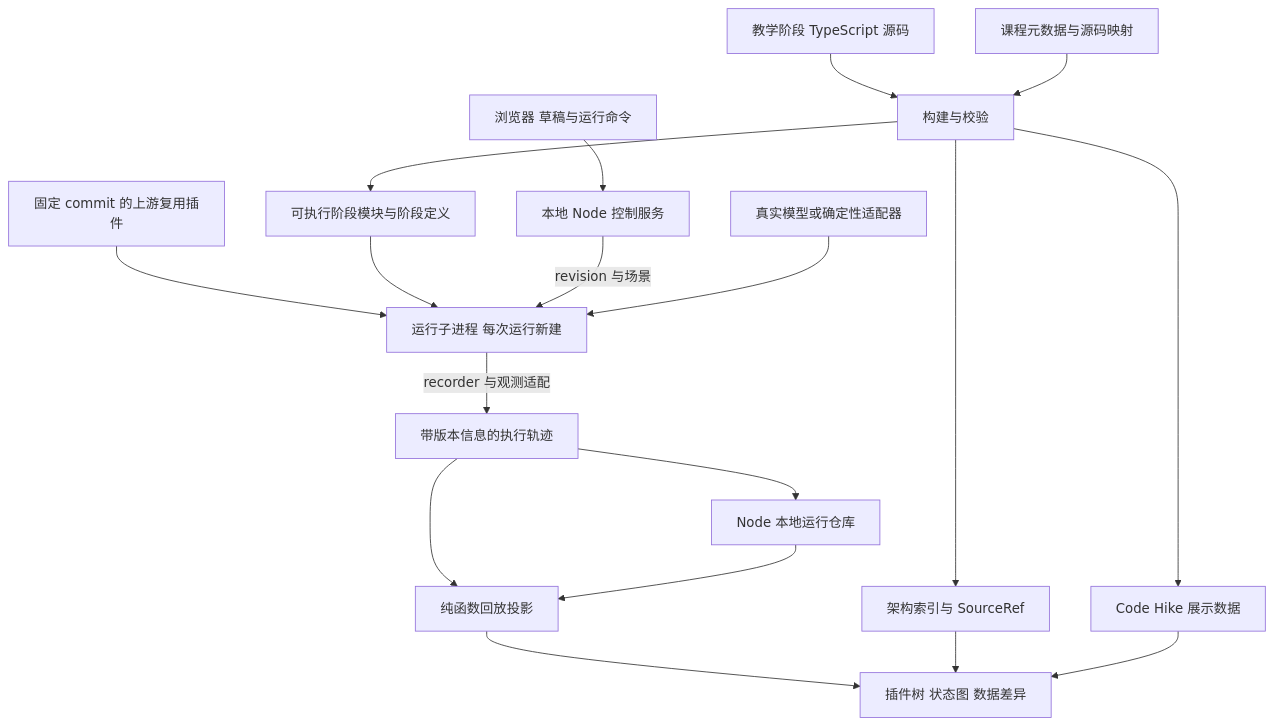
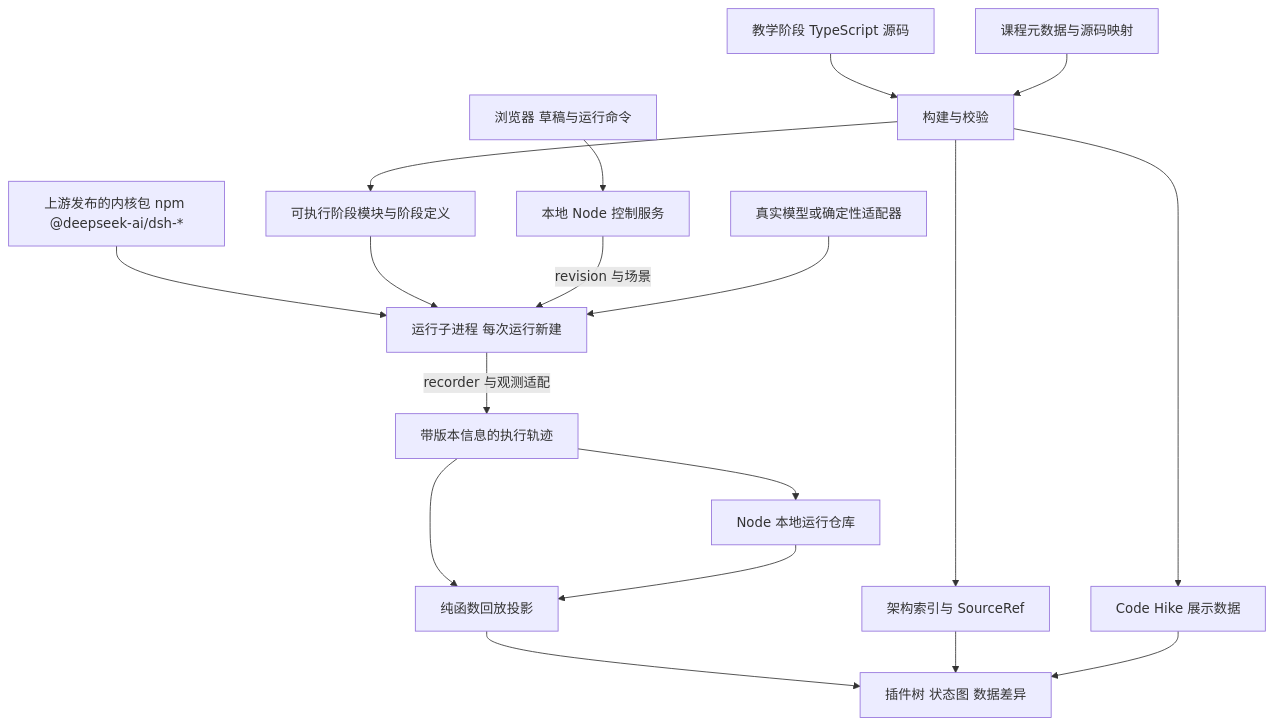
One commit to Maidang1/dsh changed the first of 2 diagrams in docs/02-technical-architecture.md. Above: the diagram before and after it, drawn with Mermaid. The commit also changed other lines of this file and 80 other files, not shown here.

````diff
--- a/docs/02-technical-architecture.md
+++ b/docs/02-technical-architecture.md
@@ -15,20 +15,20 @@
 ```mermaid
 flowchart TD
     S[教学阶段 TypeScript 源码] --> B[构建与校验]
     M[课程元数据与源码映射] --> B
     B --> C[Code Hike 展示数据]
     B --> X[可执行阶段模块与阶段定义]
     B --> A[架构索引与 SourceRef]
-    UP[固定 commit 的上游复用插件] --> R
+    UP[上游发布的内核包 npm @deepseek-ai/dsh-*] --> R
     X --> R[运行子进程 每次运行新建]
     U[浏览器 草稿与运行命令] --> N[本地 Node 控制服务]
     N -->|revision 与场景| R
     E[真实模型或确定性适配器] --> R
     R -->|recorder 与观测适配| T[带版本信息的执行轨迹]
     T --> F[Node 本地运行仓库]
     T --> P[纯函数回放投影]
     F --> P
     P --> V[插件树 状态图 数据差异]
     A --> V
     C --> V
 ```
````
